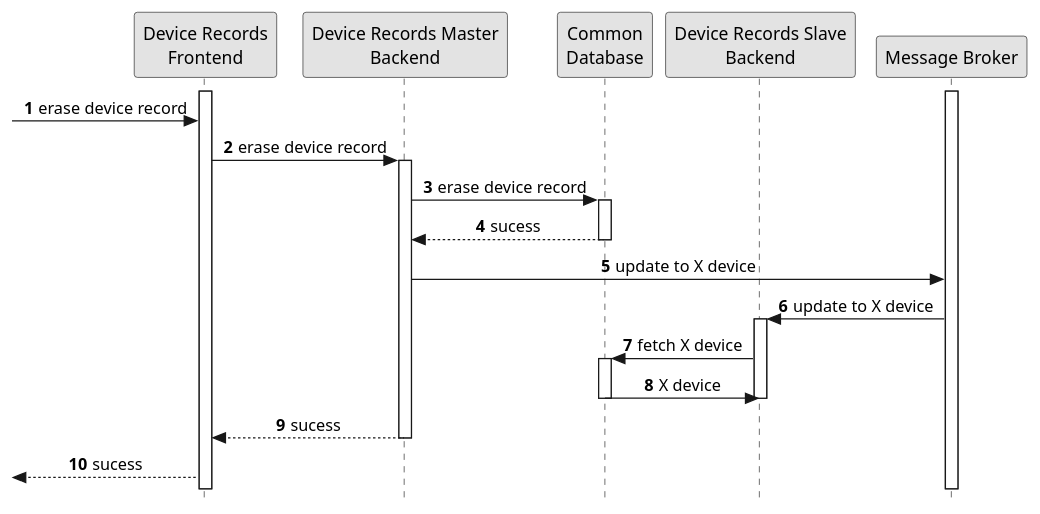
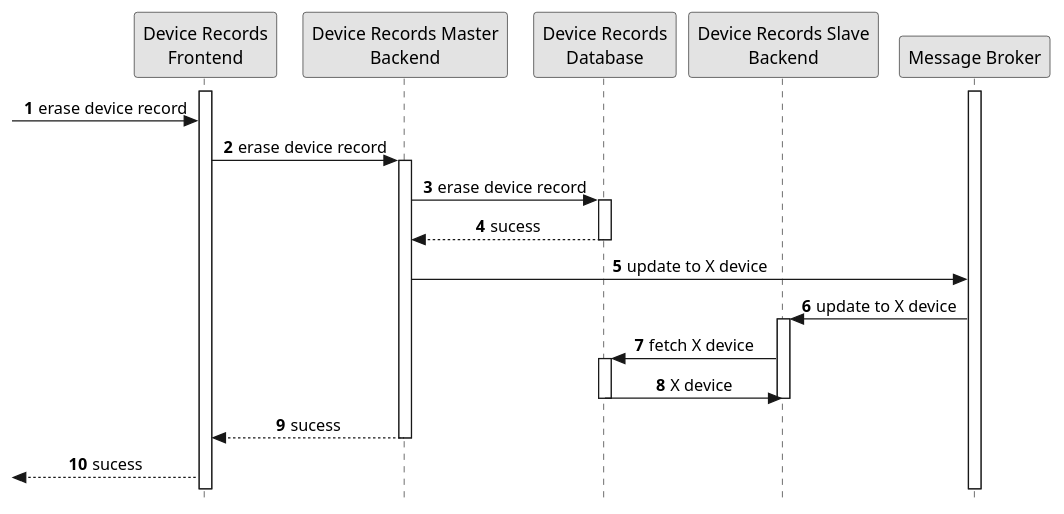
Before and after one commit to FilipeMCruz/sensae-console: the diagram in docs/diagrams/process-view-level2-uc08.pu, drawn with PlantUML. The commit also changed 82 other files, not shown here.

```diff
--- a/docs/diagrams/process-view-level2-uc08.pu
+++ b/docs/diagrams/process-view-level2-uc08.pu
@@ -1,48 +1,48 @@
 @startuml process-view-level2-uc08
 
 skinparam Monochrome true
 skinparam sequenceMessageAlign center
 skinparam style strictuml
 hide unlinked
 
 autonumber 1
 
 participant "Device Records\nFrontend" as DRF
 participant "Device Records Master\nBackend" as DRMB
-participant "Common\nDatabase" as DRDB
+participant "Device Records\nDatabase" as DRDB
 participant "Device Records Slave\nBackend" as DRSB
 participant "Message Broker" as MB
 
 activate MB
 activate DRF
 
 -> DRF: erase device record
 
 DRF -> DRMB: erase device record
 activate DRMB
 
 DRMB -> DRDB: erase device record
 activate DRDB
 
 DRDB --> DRMB: sucess
 deactivate DRDB
 
 DRMB -> MB: update to X device
 
 MB -> DRSB: update to X device
 activate DRSB
 
 DRSB -> DRDB: fetch X device
 activate DRDB
 
 DRDB -> DRSB: X device
 deactivate DRDB
 
 deactivate DRSB
 DRMB --> DRF: sucess
 
 deactivate DRMB
 
 <-- DRF: sucess
 
 @enduml
```
